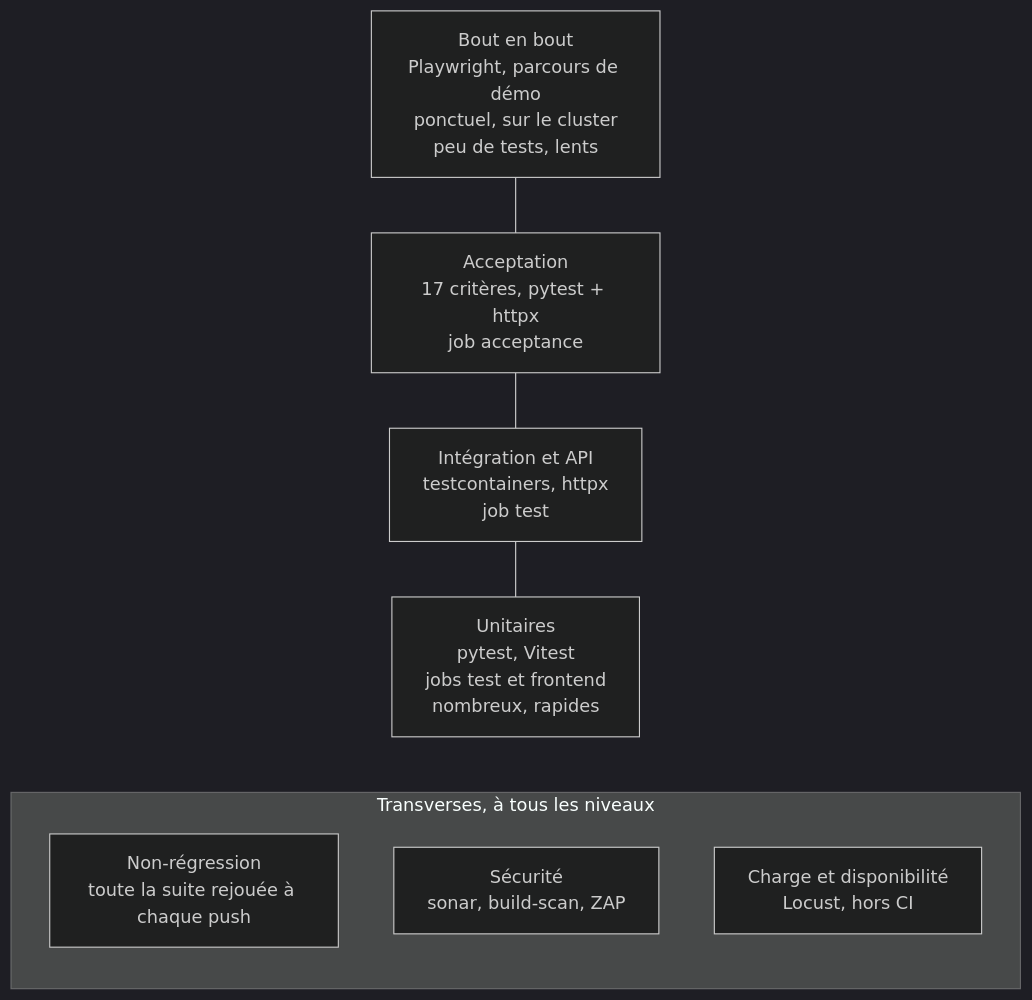
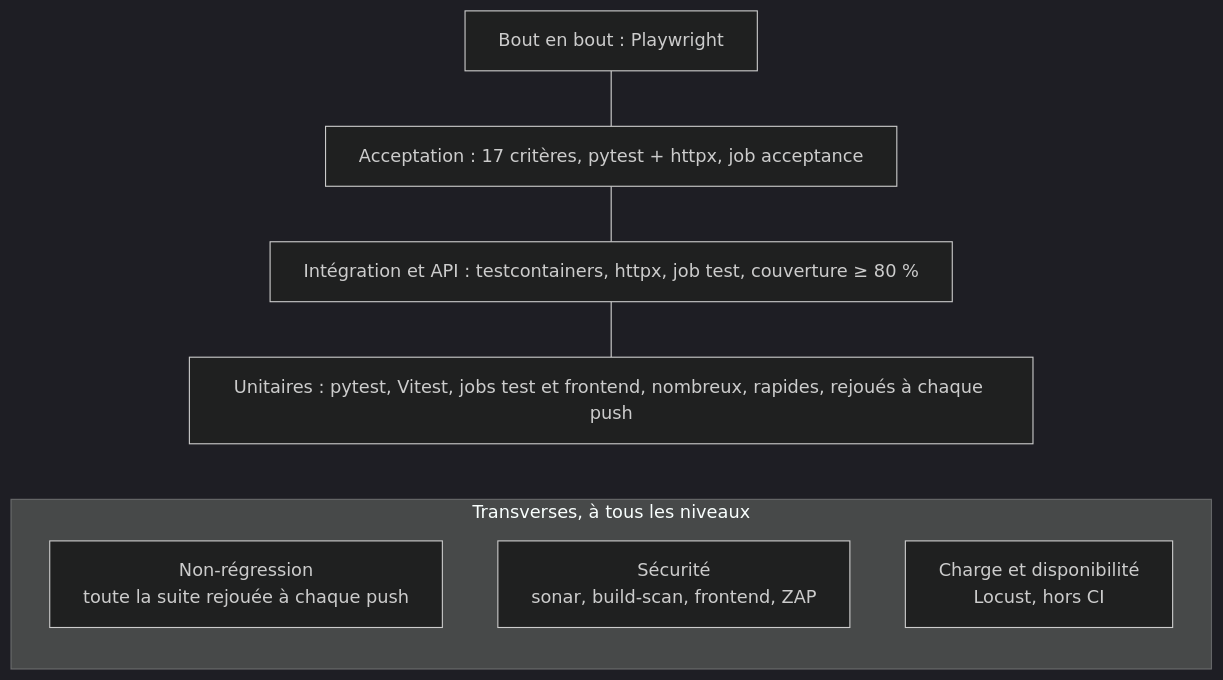
One commit to Luucaaas/collector-poc changed the diagram in docs/01-qualite/processus-test.md. Above: the diagram before and after it, drawn with Mermaid (dark theme). The commit also changed other lines of this file and 2 other files, not shown here.

Commit message:
Processus de test : corrections de l'audit n° 1 (Product Owner, Trivy du front, pyramide)

````diff
--- a/docs/01-qualite/processus-test.md
+++ b/docs/01-qualite/processus-test.md
@@ -15,16 +15,17 @@
 ```mermaid
+%%{init: {"flowchart": {"wrappingWidth": 700}}}%%
 flowchart TB
     %% id: pyramide-tests
-    E2E["Bout en bout<br/>Playwright, parcours de démo<br/>ponctuel, sur le cluster<br/>peu de tests, lents"]
-    ACC["Acceptation<br/>17 critères, pytest + httpx<br/>job acceptance"]
-    INT["Intégration et API<br/>testcontainers, httpx<br/>job test"]
-    UNI["Unitaires<br/>pytest, Vitest<br/>jobs test et frontend<br/>nombreux, rapides"]
+    E2E["Bout en bout : Playwright"]
+    ACC["Acceptation : 17 critères, pytest + httpx, job acceptance"]
+    INT["Intégration et API : testcontainers, httpx, job test, couverture ≥ 80 %"]
+    UNI["Unitaires : pytest, Vitest, jobs test et frontend, nombreux, rapides, rejoués à chaque push"]
     E2E --- ACC --- INT --- UNI
     subgraph TRANS["Transverses, à tous les niveaux"]
         direction TB
         NR["Non-régression<br/>toute la suite rejouée à chaque push"]
-        SEC["Sécurité<br/>sonar, build-scan, ZAP"]
+        SEC["Sécurité<br/>sonar, build-scan, frontend, ZAP"]
         PERF["Charge et disponibilité<br/>Locust, hors CI"]
     end
     UNI ~~~ TRANS
 ```
````
